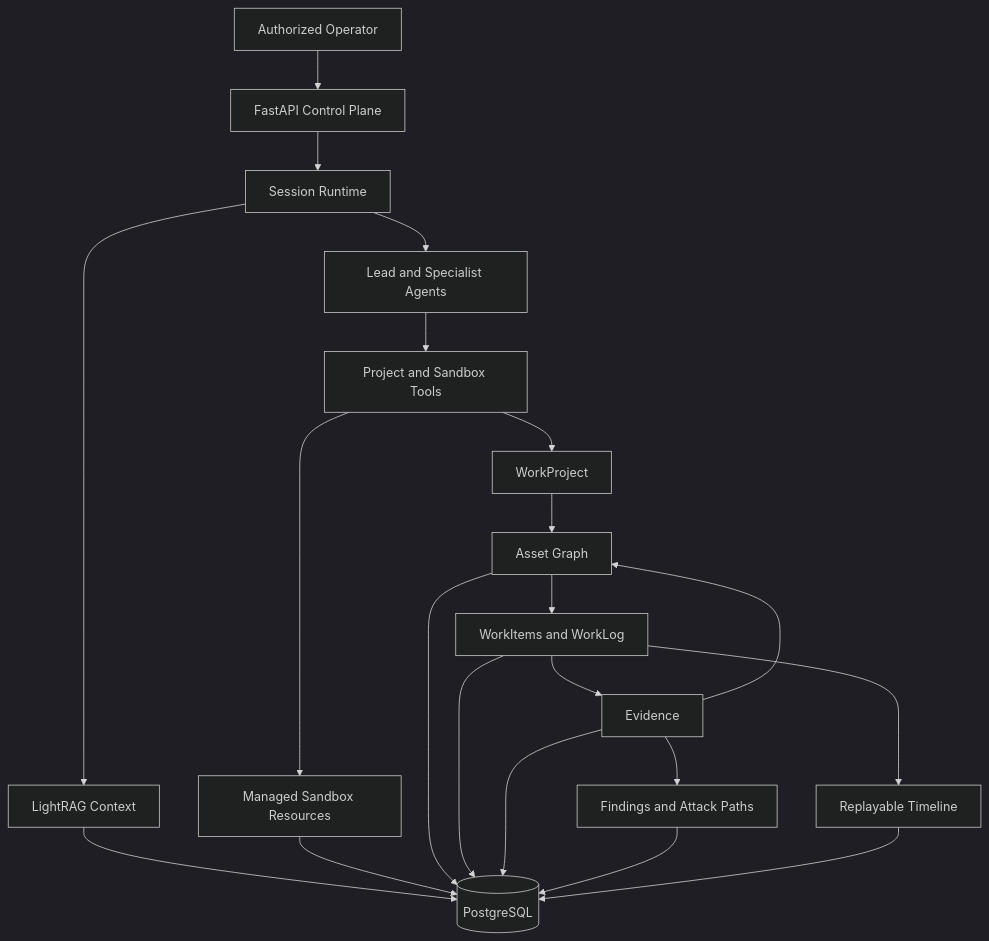
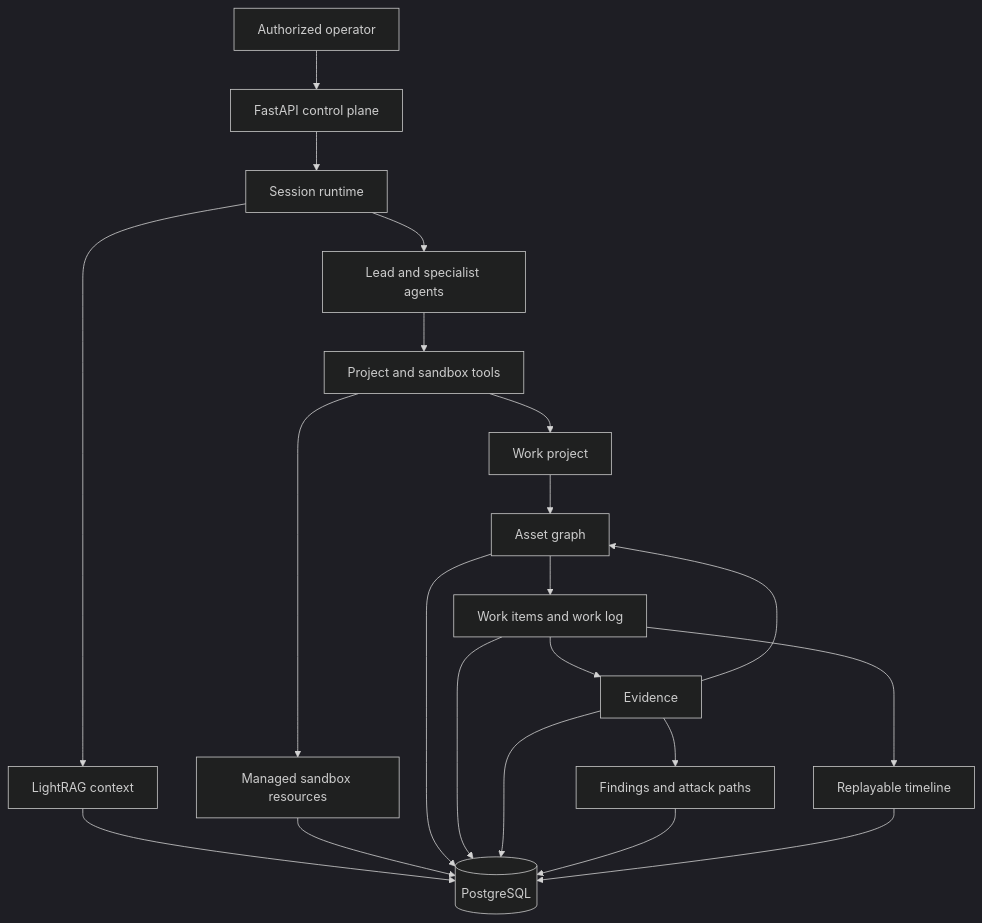
The first of 3 diagrams in docs/en/guide/overview.md (Meow-Emperor/Z3r0), drawn with Mermaid (dark theme) before and after one commit. The commit also changed other lines of this file and 164 other files, not shown here.

````diff
--- a/docs/en/guide/overview.md
+++ b/docs/en/guide/overview.md
@@ -35,31 +35,31 @@
 ```mermaid
 flowchart TB
-  Operator["Authorized Operator"]
-  API["FastAPI Control Plane"]
-  Runtime["Session Runtime"]
-  Agents["Lead and Specialist Agents"]
-  RAG["LightRAG Context"]
-  Tools["Project and Sandbox Tools"]
-  Sandbox["Managed Sandbox Resources"]
-  Project["WorkProject"]
-  Graph["Asset Graph"]
-  Workflow["WorkItems and WorkLog"]
+  Operator["Authorized operator"]
+  API["FastAPI control plane"]
+  Runtime["Session runtime"]
+  Agents["Lead and specialist agents"]
+  RAG["LightRAG context"]
+  Tools["Project and sandbox tools"]
+  Sandbox["Managed sandbox resources"]
+  Project["Work project"]
+  Graph["Asset graph"]
+  Workflow["Work items and work log"]
   Evidence["Evidence"]
-  Conclusions["Findings and Attack Paths"]
-  Timeline["Replayable Timeline"]
+  Conclusions["Findings and attack paths"]
+  Timeline["Replayable timeline"]
   Store[("PostgreSQL")]
 
   Operator --> API --> Runtime --> Agents --> Tools
   Runtime --> RAG --> Store
   Tools --> Sandbox --> Store
   Tools --> Project
   Project --> Graph --> Workflow
   Workflow --> Evidence --> Conclusions
   Evidence --> Graph
   Workflow --> Timeline
   Graph --> Store
   Workflow --> Store
   Evidence --> Store
   Conclusions --> Store
   Timeline --> Store
 ```
````
